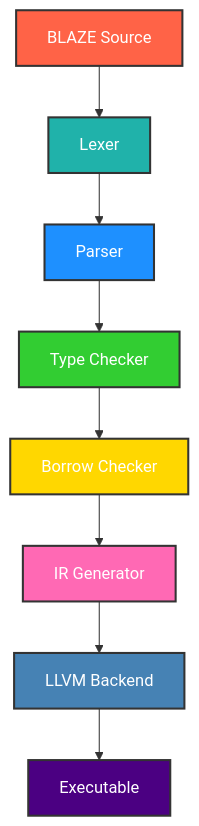
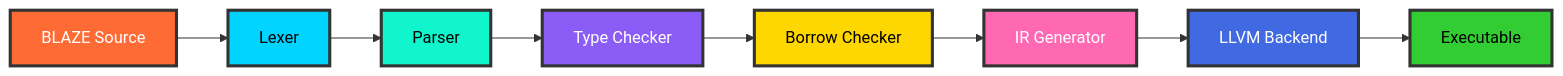
One commit to BLACK0X80/BLAZE changed the diagram in README.md. Above: the diagram before and after it, drawn with Mermaid. The commit also changed other lines of this file, not shown here.

````diff
--- a/README.md
+++ b/README.md
@@ -350,19 +432,19 @@
 ```mermaid
-graph TD
+graph LR
     A[BLAZE Source] --> B[Lexer]
     B --> C[Parser]
     C --> D[Type Checker]
     D --> E[Borrow Checker]
     E --> F[IR Generator]
     F --> G[LLVM Backend]
     G --> H[Executable]
 
-    style A fill:#ff6347,stroke:#333,stroke-width:2px,color:#fff
-    style B fill:#20b2aa,stroke:#333,stroke-width:2px,color:#fff
-    style C fill:#1e90ff,stroke:#333,stroke-width:2px,color:#fff
-    style D fill:#32cd32,stroke:#333,stroke-width:2px,color:#fff
-    style E fill:#ffd700,stroke:#333,stroke-width:2px,color:#fff
-    style F fill:#ff69b4,stroke:#333,stroke-width:2px,color:#fff
-    style G fill:#4682b4,stroke:#333,stroke-width:2px,color:#fff
-    style H fill:#4b0082,stroke:#333,stroke-width:2px,color:#fff
+    style A fill:#FF6B35,stroke:#333,stroke-width:3px,color:#fff
+    style B fill:#00D4FF,stroke:#333,stroke-width:3px,color:#000
+    style C fill:#10F5CC,stroke:#333,stroke-width:3px,color:#000
+    style D fill:#8B5CF6,stroke:#333,stroke-width:3px,color:#fff
+    style E fill:#FFD700,stroke:#333,stroke-width:3px,color:#000
+    style F fill:#FF69B4,stroke:#333,stroke-width:3px,color:#fff
+    style G fill:#4169E1,stroke:#333,stroke-width:3px,color:#fff
+    style H fill:#32CD32,stroke:#333,stroke-width:3px,color:#000
 ```
````
